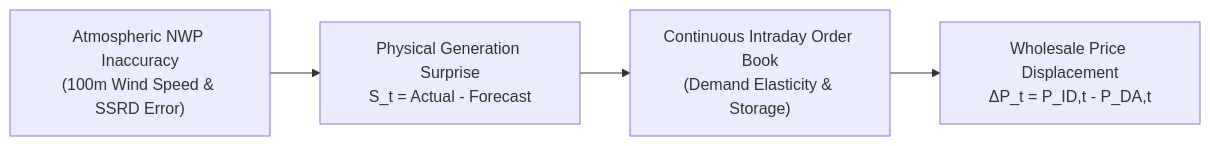
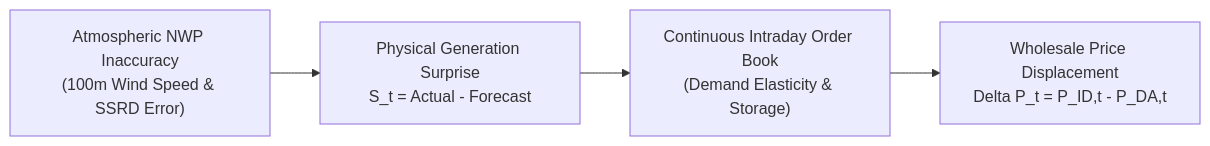
The diagram in README.md (DGskywalker/wind-solar-forecasting), drawn with Mermaid before and after one commit. The commit also changed other lines of this file, not shown here.

````diff
--- a/README.md
+++ b/README.md
@@ -51,6 +51,6 @@
 ```mermaid
 flowchart LR
     Atmosphere["Atmospheric NWP Inaccuracy<br/>(100m Wind Speed & SSRD Error)"] --> Generation["Physical Generation Surprise<br/>S_t = Actual - Forecast"]
     Generation --> OrderBook["Continuous Intraday Order Book<br/>(Demand Elasticity & Storage)"]
-    OrderBook --> Price["Wholesale Price Displacement<br/>ΔP_t = P_ID,t - P_DA,t"]
+    OrderBook --> Price["Wholesale Price Displacement<br/>Delta P_t = P_ID,t - P_DA,t"]
 ```
````
